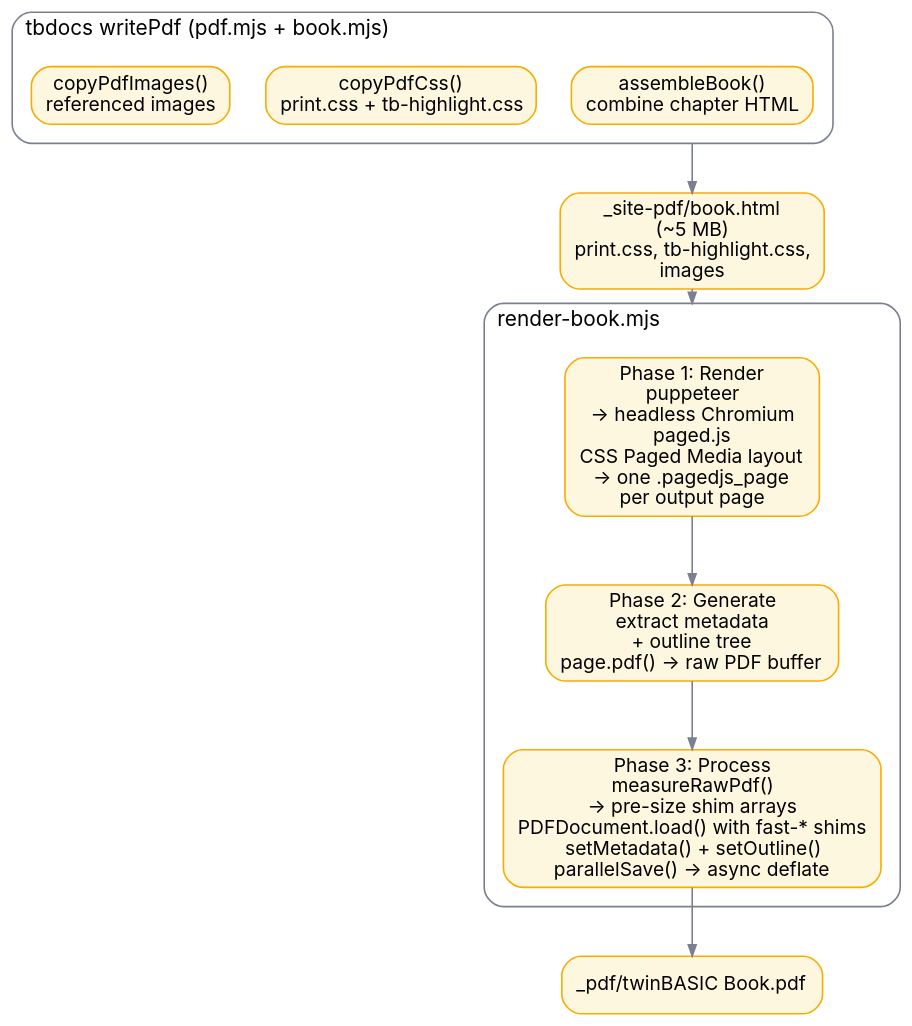
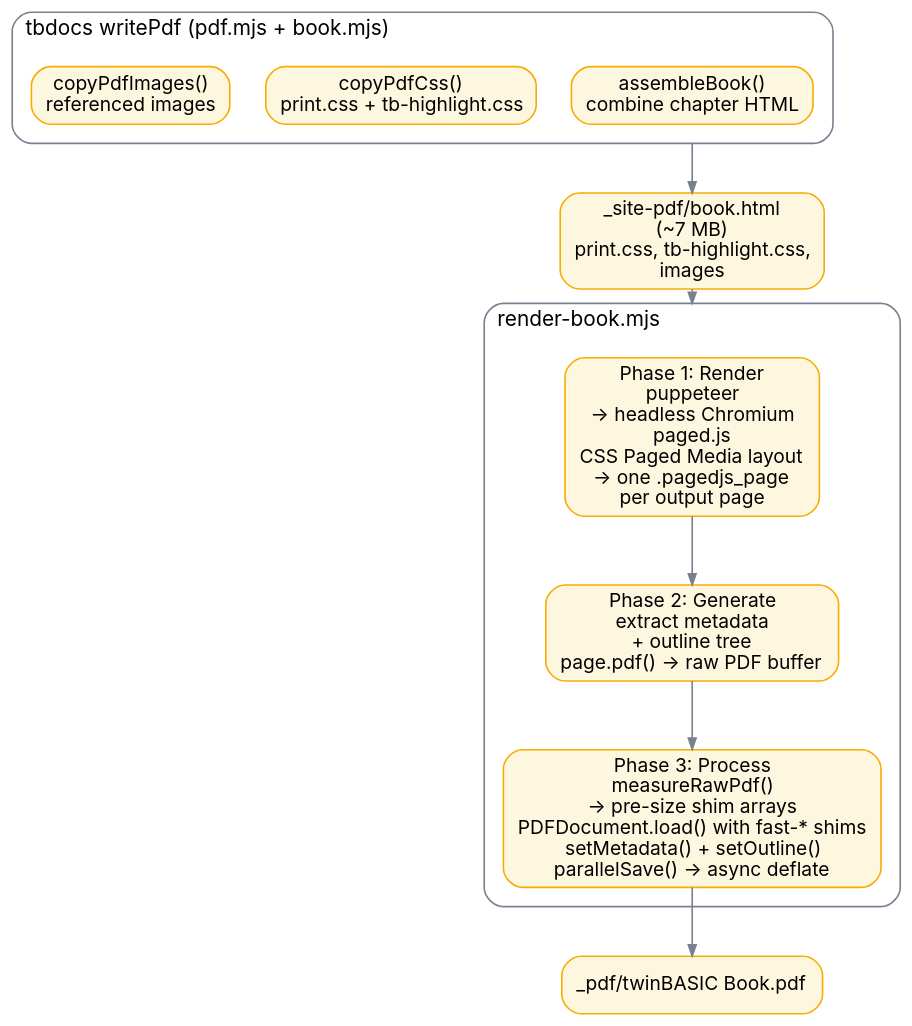
One commit to twinbasic/documentation changed the diagram in docs/assets/images/dot/pdf-render-pipeline.dot. Above: the diagram before and after it, drawn with Graphviz. The commit also changed 5 other files, not shown here.

Commit message:
docs: mark book page counts as measurement conditions; describe the pipeline diagram

```diff
--- a/docs/assets/images/dot/pdf-render-pipeline.dot
+++ b/docs/assets/images/dot/pdf-render-pipeline.dot
@@ -1,56 +1,56 @@
 // PDF render pipeline: tbdocs's writePdf populates _site-pdf/, then
 // render-book.mjs drives puppeteer + paged.js + pdf-lib to produce the
 // final PDF.
 
 digraph pdf_render {
     rankdir=TB
     bgcolor="transparent"
     compound=true
     nodesep=0.3
     ranksep=0.6
     splines=true
 
     node [
         shape=box
         style="rounded,filled"
         fontname="Inter,system-ui,-apple-system,Segoe UI,sans-serif"
         fontsize=12
         margin="0.12,0.06"
         fillcolor="#fef7e0"
         color="#f9ab00"
     ]
     edge [color="#7a8090" arrowsize=0.7]
     graph [
         color="#7a8090"
         fontname="Inter,system-ui,-apple-system,Segoe UI,sans-serif"
         fontsize=13
         style="rounded"
         labeljust="l"
     ]
 
     subgraph cluster_writePdf {
         margin=12
         label="tbdocs writePdf (pdf.mjs + book.mjs)"
         ASM [label=<assembleBook()<BR/>combine chapter HTML>]
         CSS [label=<copyPdfCss()<BR/>print.css + tb-highlight.css>]
         IMG [label=<copyPdfImages()<BR/>referenced images>]
         { rank=same; ASM; CSS; IMG }
     }
 
-    PDFSRC [label=<_site-pdf/book.html<BR/>(~5 MB)<BR/>print.css, tb-highlight.css,<BR/>images>]
+    PDFSRC [label=<_site-pdf/book.html<BR/>(~7 MB)<BR/>print.css, tb-highlight.css,<BR/>images>]
 
     subgraph cluster_render {
         margin=12
         label="render-book.mjs"
         R1 [label=<Phase 1: Render<BR/>puppeteer<BR/>→ headless Chromium<BR/>paged.js<BR/>CSS Paged Media layout<BR/>→ one .pagedjs_page<BR/>per output page>]
         R2 [label=<Phase 2: Generate<BR/>extract metadata<BR/>+ outline tree<BR/>page.pdf() → raw PDF buffer>]
         R3 [label=<Phase 3: Process<BR/>measureRawPdf()<BR/>→ pre-size shim arrays<BR/>PDFDocument.load() with fast-* shims<BR/>setMetadata() + setOutline()<BR/>parallelSave() → async deflate>]
         R1 -> R2 -> R3
     }
 
     PDF [label=<_pdf/twinBASIC Book.pdf>]
 
     ASM    -> PDFSRC [ltail=cluster_writePdf]
     PDFSRC -> R1     [lhead=cluster_render]
     R3     -> PDF
 }
```
